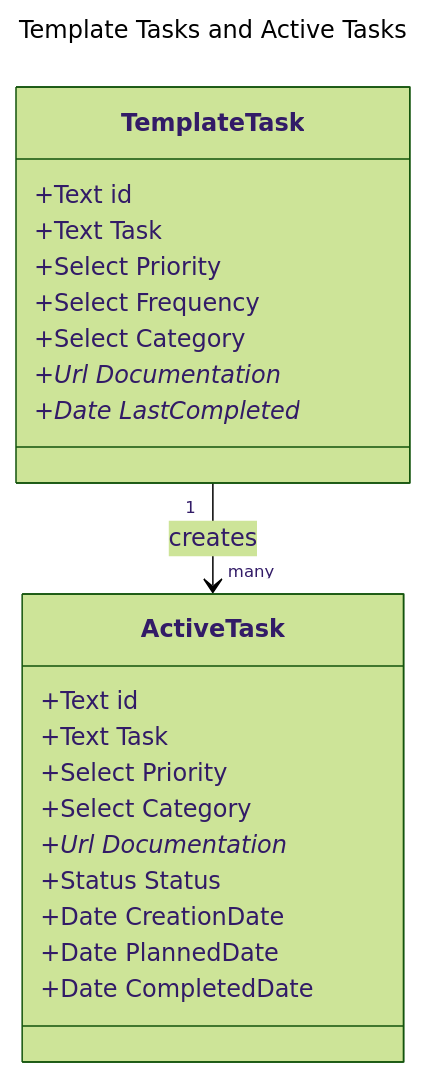
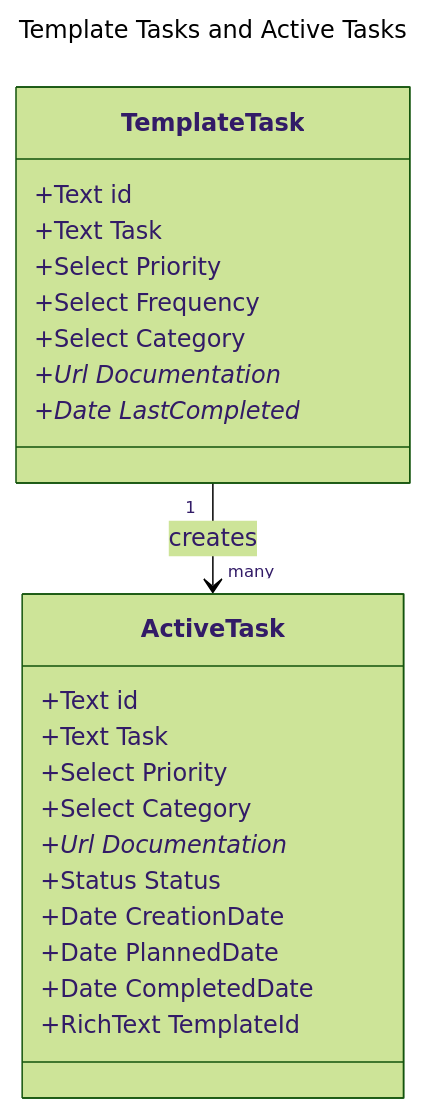
Before and after one commit to NickBorgers/TaskManager: the diagram in schemas.md, drawn with Mermaid (forest theme). The commit also changed other lines of this file, not shown here.

First line of the commit message:
Document Notion database schema including Status contract

````diff
--- a/schemas.md
+++ b/schemas.md
@@ -3,30 +3,31 @@
 ```mermaid
 ---
 title: Template Tasks and Active Tasks
 ---
 classDiagram
     class TemplateTask {
         +Text id
-        +Text Task 
+        +Text Task
         +Select Priority
         +Select Frequency
         +Select Category
         +Url Documentation*
         +Date LastCompleted*
     }
 
     class ActiveTask {
         +Text id
-        +Text Task 
+        +Text Task
         +Select Priority
         +Select Category
         +Url Documentation*
         +Status Status
         +Date CreationDate
         +Date PlannedDate
         +Date CompletedDate
+        +RichText TemplateId
     }
 
     TemplateTask "1" --> "many" ActiveTask : creates
 
 ```
````
